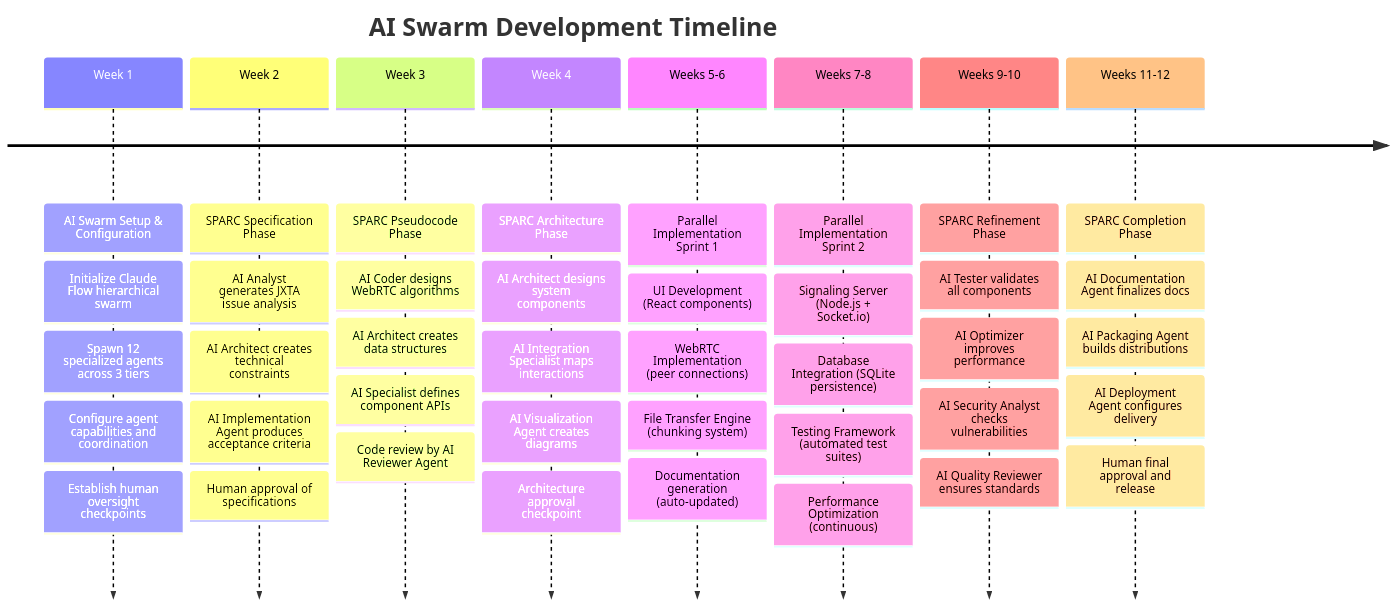
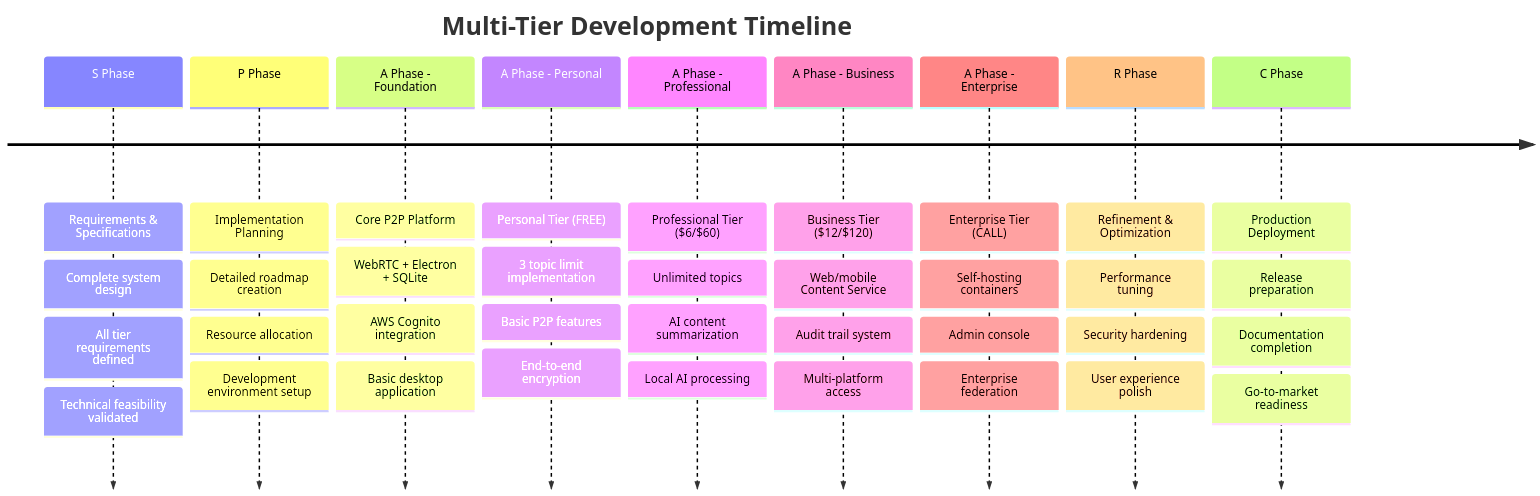
Before and after one commit to michaeloboyle/MessagePedia-WebRTC-Electron: the sixth of 8 diagrams in docs/SPARC-STRATEGY.md, drawn with Mermaid. The commit also changed other lines of this file and 37 other files, not shown here.

First line of the commit message:
Add all remaining changes from performance optimization work

````diff
--- a/docs/SPARC-STRATEGY.md
+++ b/docs/SPARC-STRATEGY.md
@@ -270,52 +200,49 @@
 ```mermaid
 timeline
-    title AI Swarm Development Timeline
+    title Multi-Tier Development Timeline
     
-    Week 1 : AI Swarm Setup & Configuration
-           : Initialize Claude Flow hierarchical swarm
-           : Spawn 12 specialized agents across 3 tiers
-           : Configure agent capabilities and coordination
-           : Establish human oversight checkpoints
+    S Phase : Requirements & Specifications
+            : Complete system design
+            : All tier requirements defined
+            : Technical feasibility validated
     
-    Week 2 : SPARC Specification Phase
-           : AI Analyst generates JXTA issue analysis
-           : AI Architect creates technical constraints
-           : AI Implementation Agent produces acceptance criteria
-           : Human approval of specifications
+    P Phase : Implementation Planning
+            : Detailed roadmap creation
+            : Resource allocation
+            : Development environment setup
     
-    Week 3 : SPARC Pseudocode Phase
-           : AI Coder designs WebRTC algorithms
-           : AI Architect creates data structures
-           : AI Specialist defines component APIs
-           : Code review by AI Reviewer Agent
+    A Phase - Foundation : Core P2P Platform
+                        : WebRTC + Electron + SQLite
+                        : AWS Cognito integration
+                        : Basic desktop application
     
-    Week 4 : SPARC Architecture Phase
-           : AI Architect designs system components
-           : AI Integration Specialist maps interactions
-           : AI Visualization Agent creates diagrams
-           : Architecture approval checkpoint
+    A Phase - Personal : Personal Tier (FREE)
+                      : 3 topic limit implementation
+                      : Basic P2P features
+                      : End-to-end encryption
     
-    Weeks 5-6 : Parallel Implementation Sprint 1
-             : UI Development (React components)
-             : WebRTC Implementation (peer connections)  
-             : File Transfer Engine (chunking system)
-             : Documentation generation (auto-updated)
+    A Phase - Professional : Professional Tier ($6/$60)
+                          : Unlimited topics
+                          : AI content summarization
+                          : Local AI processing
     
-    Weeks 7-8 : Parallel Implementation Sprint 2
-             : Signaling Server (Node.js + Socket.io)
-             : Database Integration (SQLite persistence)
-             : Testing Framework (automated test suites)
-             : Performance Optimization (continuous)
+    A Phase - Business : Business Tier ($12/$120)
+                      : Web/mobile Content Service
+                      : Audit trail system
+                      : Multi-platform access
     
-    Weeks 9-10 : SPARC Refinement Phase
-              : AI Tester validates all components
-              : AI Optimizer improves performance
-              : AI Security Analyst checks vulnerabilities
-              : AI Quality Reviewer ensures standards
+    A Phase - Enterprise : Enterprise Tier (CALL)
+                        : Self-hosting containers
+                        : Admin console
+                        : Enterprise federation
     
-    Weeks 11-12 : SPARC Completion Phase
-               : AI Documentation Agent finalizes docs
-               : AI Packaging Agent builds distributions
-               : AI Deployment Agent configures delivery
-               : Human final approval and release
+    R Phase : Refinement & Optimization
+            : Performance tuning
+            : Security hardening
+            : User experience polish
+    
+    C Phase : Production Deployment
+            : Release preparation
+            : Documentation completion
+            : Go-to-market readiness
 ```
````
